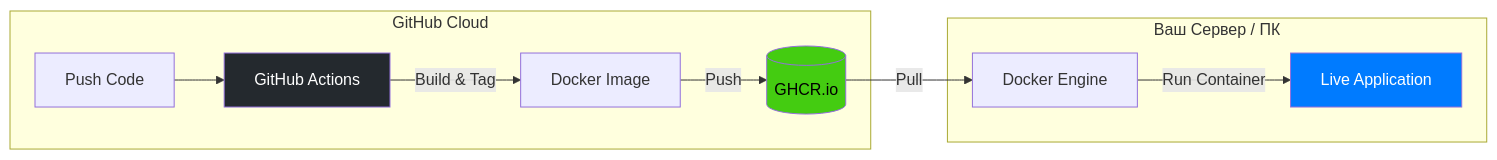
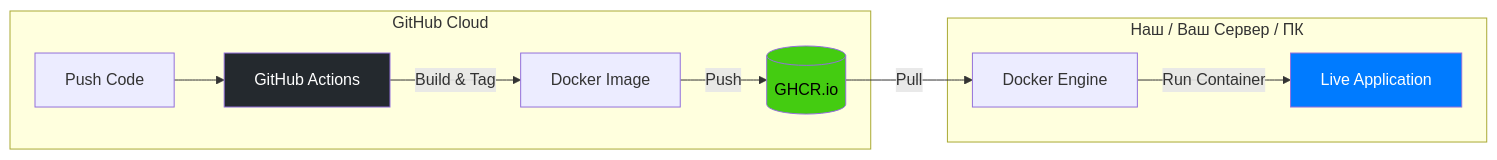
Before and after one commit to dvprokofiev/seating-generator: the first of 2 diagrams in presentation/slides.md, drawn with Mermaid. The commit also changed other lines of this file, not shown here.

````diff
--- a/presentation/slides.md
+++ b/presentation/slides.md
@@ -656,17 +658,17 @@
 ```mermaid
 graph LR
     subgraph GitHub_Cloud [GitHub Cloud]
         A[Push Code] --> B[GitHub Actions]
         B -->|Build & Tag| C[Docker Image]
         C -->|Push| D[(GHCR.io)]
     end
 
-    subgraph Your_Server [Ваш Сервер / ПК]
+    subgraph Your_Server [Наш / Ваш Сервер / ПК]
         D -->|Pull| E[Docker Engine]
         E -->|Run Container| F[Live Application]
     end
 
     style B fill:#24292e,color:#fff
     style D fill:#44cc11,color:#000
     style F fill:#007bff,color:#fff
 ```
````
